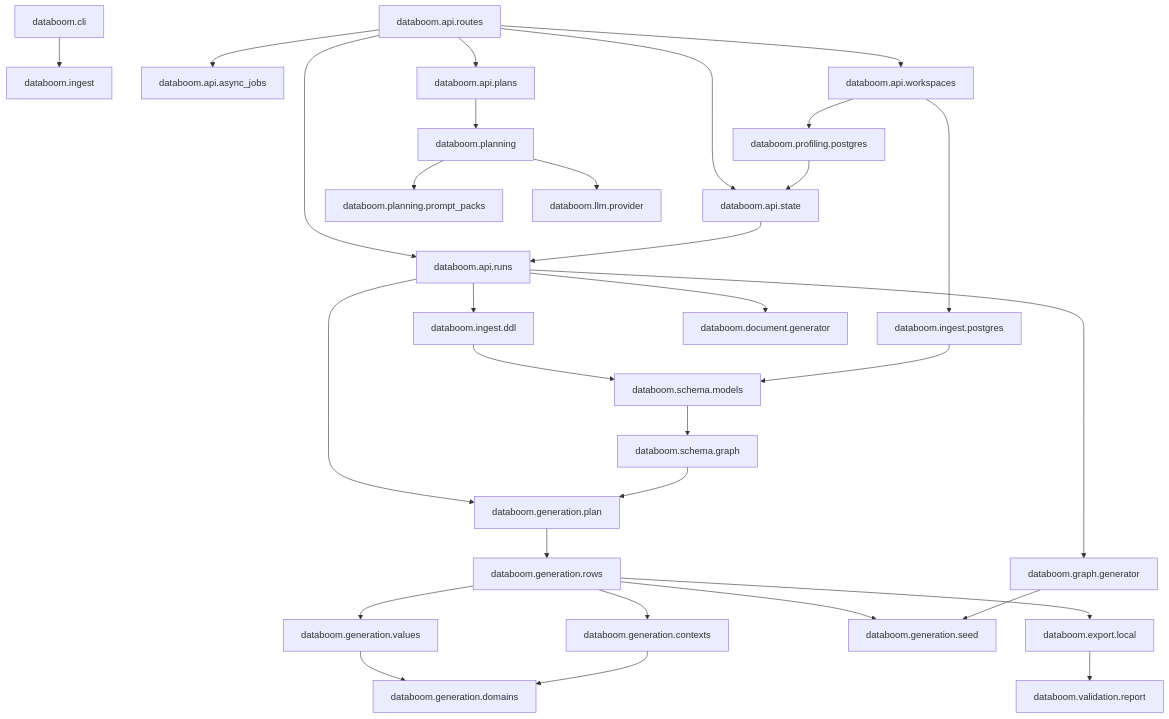
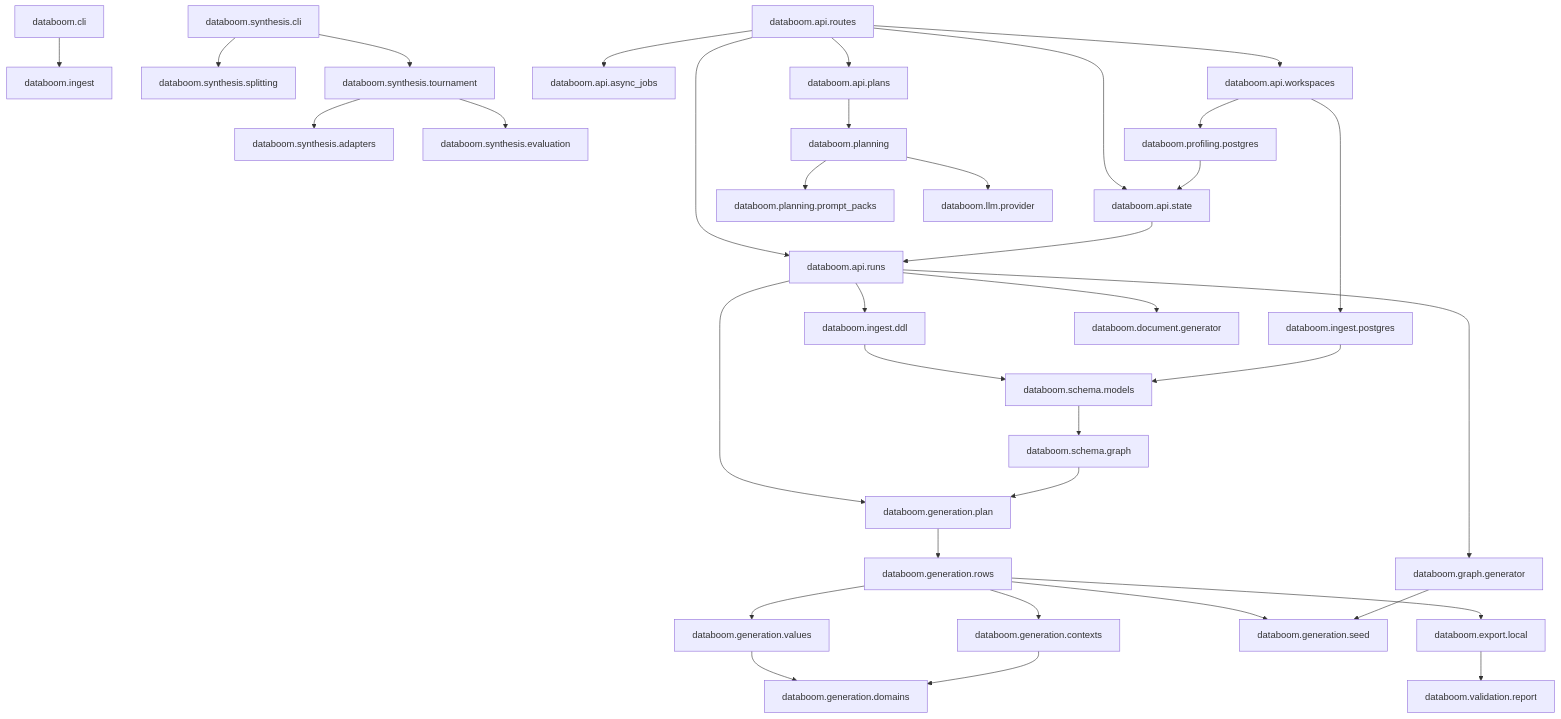
One commit to smitzo/DataBoom changed the first of 12 diagrams in docs/engineering/low-level-design.md. Above: the diagram before and after it, drawn with Mermaid. The commit also changed other lines of this file and 14 other files, not shown here.

Commit message:
docs: document synthesis tournament architecture

````diff
--- a/docs/engineering/low-level-design.md
+++ b/docs/engineering/low-level-design.md
@@ -7,37 +7,41 @@
 ```mermaid
 flowchart TD
     CLI[databoom.cli] --> Ingest[databoom.ingest]
+    MLCLI[databoom.synthesis.cli] --> Split[databoom.synthesis.splitting]
+    MLCLI --> Tournament[databoom.synthesis.tournament]
+    Tournament --> Adapters[databoom.synthesis.adapters]
+    Tournament --> Quality[databoom.synthesis.evaluation]
     API[databoom.api.routes] --> Runs[databoom.api.runs]
     API --> Async[databoom.api.async_jobs]
     API --> State[databoom.api.state]
     API --> Workspaces[databoom.api.workspaces]
     API --> PlanRoutes[databoom.api.plans]
     PlanRoutes --> Planner[databoom.planning]
     Planner --> PromptPacks[databoom.planning.prompt_packs]
     Planner --> ProviderPolicy[databoom.llm.provider]
 
     Workspaces --> IngestPostgres[databoom.ingest.postgres]
     Workspaces --> Profiling[databoom.profiling.postgres]
     Runs --> IngestDDL[databoom.ingest.ddl]
     Runs --> Planning[databoom.generation.plan]
     Runs --> Document[databoom.document.generator]
     Runs --> GraphBoom[databoom.graph.generator]
 
     IngestDDL --> Schema[databoom.schema.models]
     IngestPostgres --> Schema
     Schema --> Graph[databoom.schema.graph]
     Graph --> Planning
 
     Planning --> Rows[databoom.generation.rows]
     Rows --> Values[databoom.generation.values]
     Rows --> Contexts[databoom.generation.contexts]
     Rows --> Seed[databoom.generation.seed]
     Values --> Domains[databoom.generation.domains]
     Contexts --> Domains
 
     Rows --> Export[databoom.export.local]
     GraphBoom --> Seed
     Export --> Validation[databoom.validation.report]
     Profiling --> State
     State --> Runs
 ```
````
